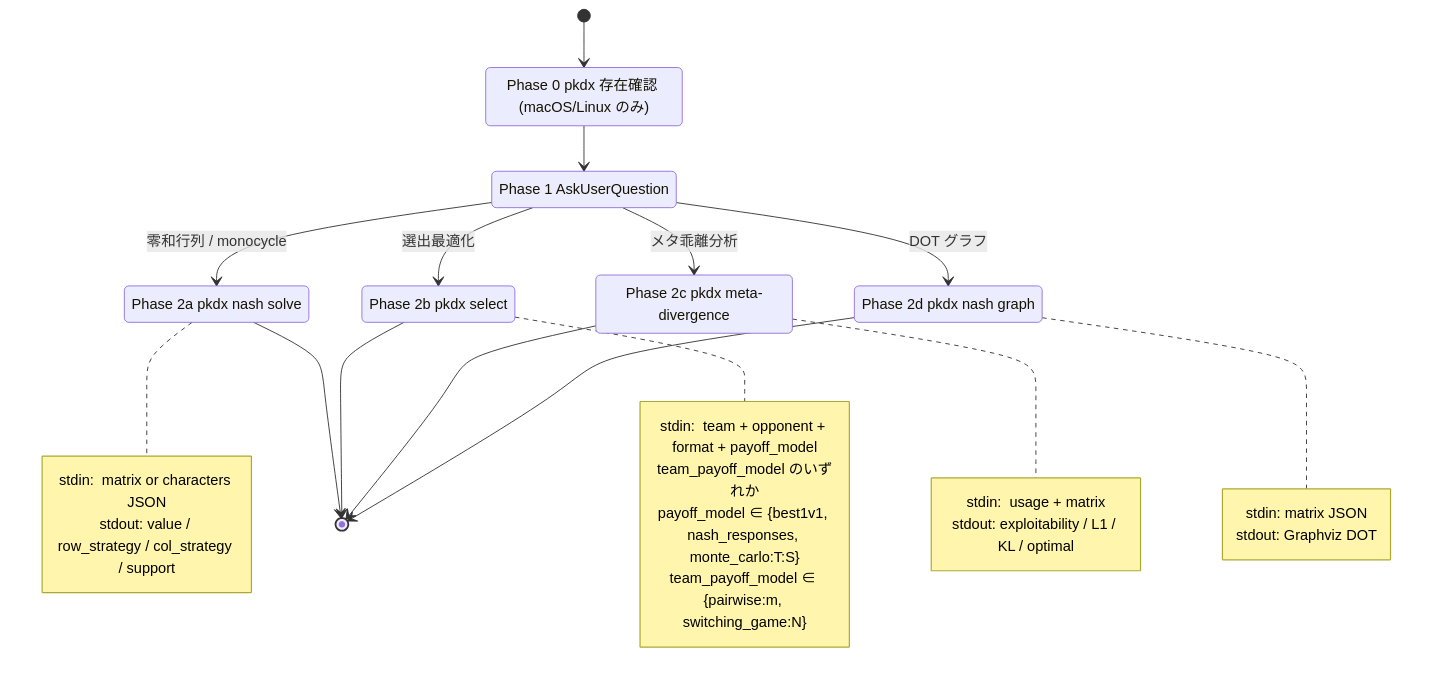
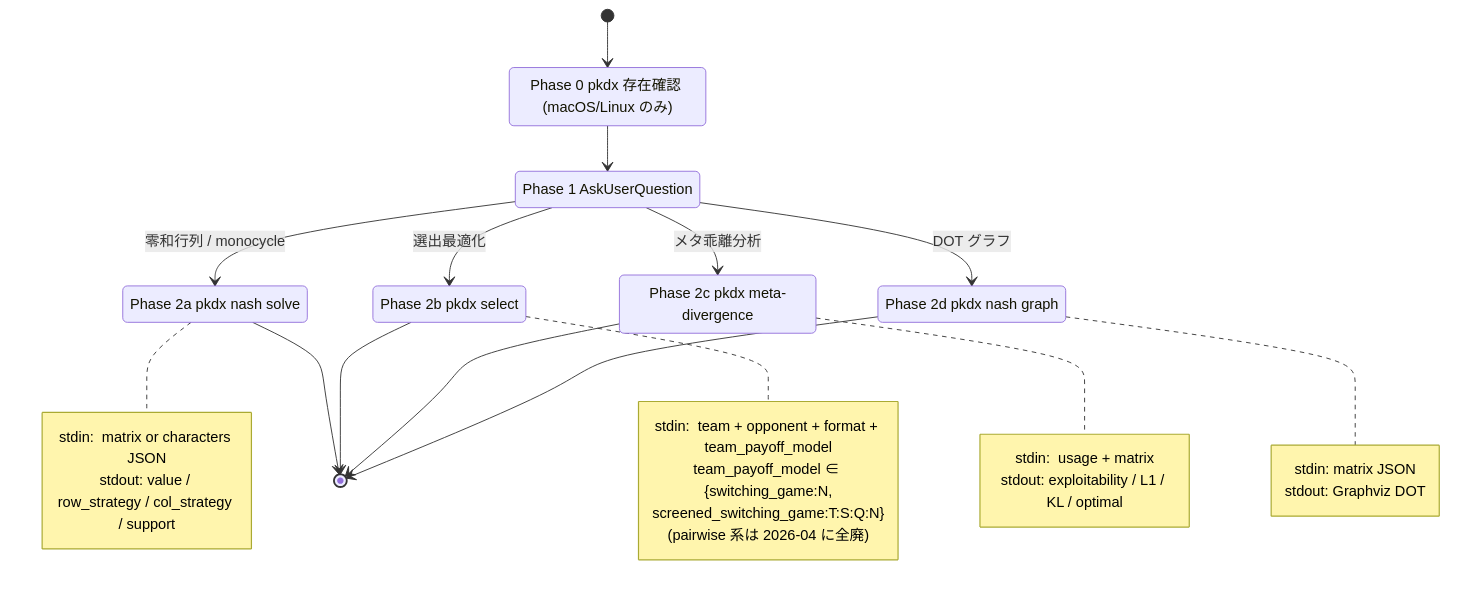
One commit to pkdxtools/pkdx changed the fourth of 9 diagrams in .claude/architecture.md. Above: the diagram before and after it, drawn with Mermaid. The commit also changed other lines of this file and 22 other files, not shown here.

First line of the commit message:
feat(payoff): screened switching game + retire pairwise models

````diff
--- a/.claude/architecture.md
+++ b/.claude/architecture.md
@@ -175,42 +175,42 @@
 ```mermaid
 stateDiagram-v2
   [*] --> N0
   N0: Phase 0 pkdx 存在確認 (macOS/Linux のみ)
   N0 --> N1
 
   N1: Phase 1 AskUserQuestion
   N1 --> NS: 零和行列 / monocycle
   N1 --> SEL: 選出最適化
   N1 --> MD: メタ乖離分析
   N1 --> GR: DOT グラフ
 
   NS: Phase 2a pkdx nash solve
   note right of NS
     stdin:  matrix or characters JSON
     stdout: value / row_strategy / col_strategy / support
   end note
   NS --> [*]
 
   SEL: Phase 2b pkdx select
   note right of SEL
-    stdin:  team + opponent + format + payoff_model
-      team_payoff_model のいずれか
-    payoff_model ∈ {best1v1, nash_responses, monte_carlo:T:S}
-    team_payoff_model ∈ {pairwise:m, switching_game:N}
+    stdin:  team + opponent + format + team_payoff_model
+    team_payoff_model ∈ {switching_game:N,
+      screened_switching_game:T:S:Q:N}
+    (pairwise 系は 2026-04 に全廃)
   end note
   SEL --> [*]
 
   MD: Phase 2c pkdx meta-divergence
   note right of MD
     stdin:  usage + matrix
     stdout: exploitability / L1 / KL / optimal
   end note
   MD --> [*]
 
   GR: Phase 2d pkdx nash graph
   note right of GR
     stdin:  matrix JSON
     stdout: Graphviz DOT
   end note
   GR --> [*]
 ```
````
